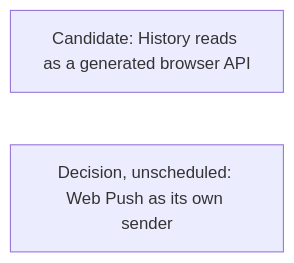
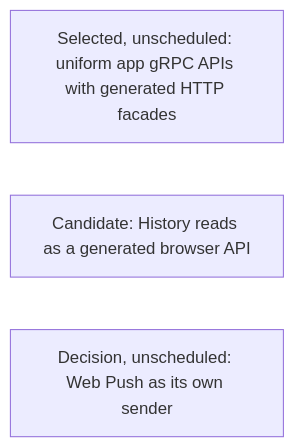
Before and after one commit to agentydragon/ducktape: diagram 16 of 18 in agentplane/plans/task_dag.md, drawn with Mermaid. The commit also changed other lines of this file and 1 other file, not shown here.

Commit message:
docs(agentplane): plan uniform app gRPC HTTP facades

````diff
--- a/agentplane/plans/task_dag.md
+++ b/agentplane/plans/task_dag.md
@@ -2267,5 +2267,6 @@
 ```mermaid
 flowchart LR
+    APP_API_GRPC_FACADE[Selected, unscheduled: uniform app gRPC APIs with generated HTTP facades]
     HISTORY_READS_FACADE[Candidate: History reads as a generated browser API]
     WEB_PUSH_SERVICE[Decision, unscheduled: Web Push as its own sender]
 ```
````
